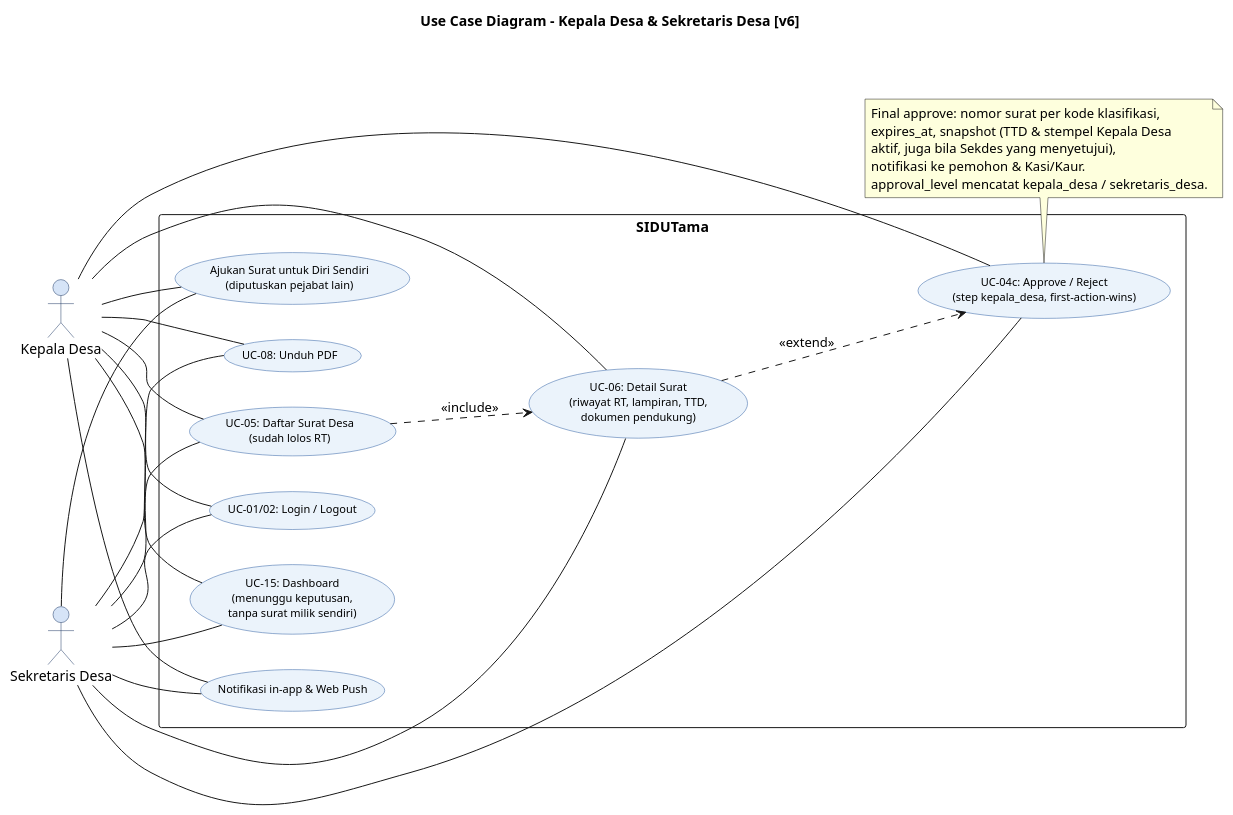
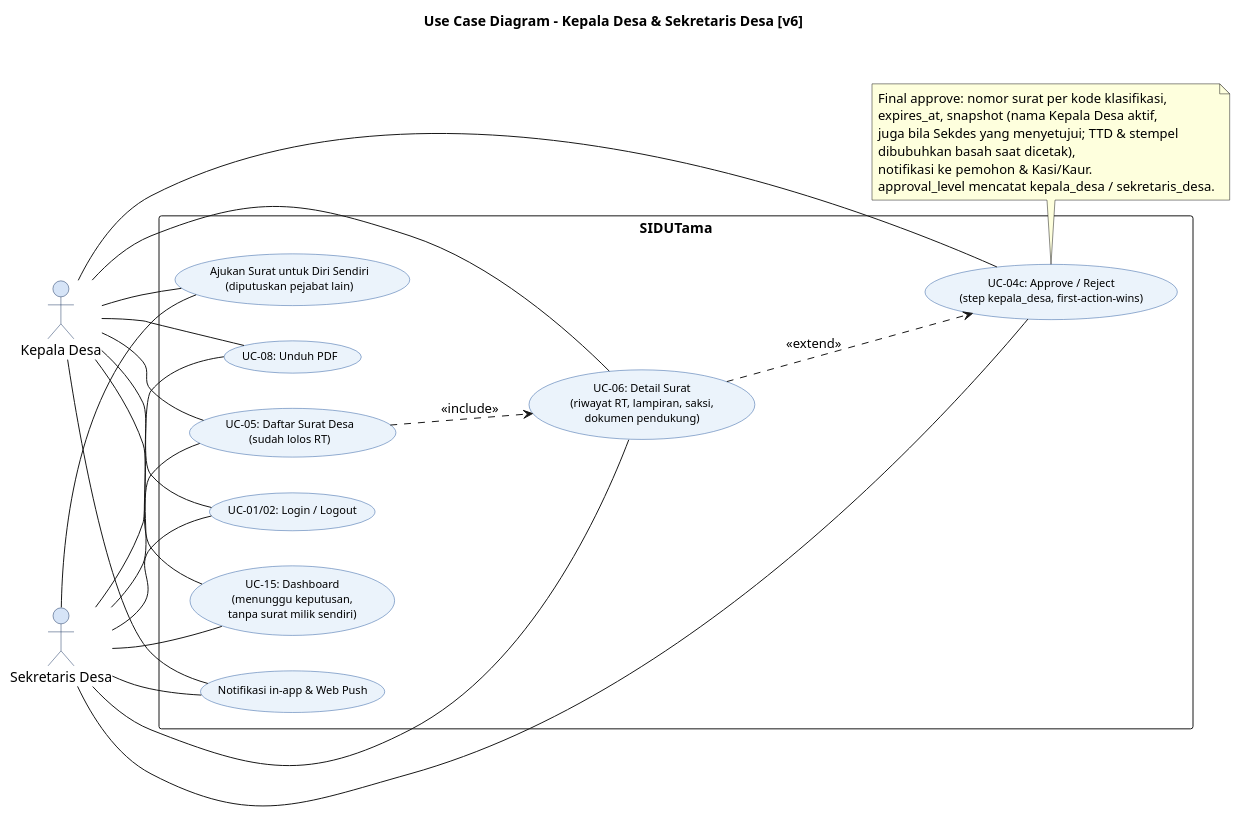
The diagram in docs/diagram/code/usecase/05_UC_KepalaDesa_SekretarisDesa_v6.puml (Vextronode/sid-app), drawn with PlantUML before and after one commit. The commit also changed 172 other files, not shown here.

First line of the commit message:
refactor(surat): hapus TTD digital, surat terbit tanpa TTD/stempel

```diff
--- a/docs/diagram/code/usecase/05_UC_KepalaDesa_SekretarisDesa_v6.puml
+++ b/docs/diagram/code/usecase/05_UC_KepalaDesa_SekretarisDesa_v6.puml
@@ -10,57 +10,58 @@
 @startuml UC_Kades_v6
 left to right direction
 skinparam packageStyle rectangle
 skinparam backgroundColor #FFFFFF
 skinparam usecase {
   BackgroundColor #EBF3FB
   BorderColor #2E5FA3
   FontName Arial
   FontSize 11
 }
 skinparam actor {
   BackgroundColor #D6E4F7
   BorderColor #1F3864
 }
 title Use Case Diagram - Kepala Desa & Sekretaris Desa [v6]
 
 actor "Kepala Desa" as KD
 actor "Sekretaris Desa" as SK
 
 rectangle "SIDUTama" {
   usecase "UC-01/02: Login / Logout" as UC_AUTH
   usecase "UC-05: Daftar Surat Desa\n(sudah lolos RT)" as UC_LIST
-  usecase "UC-06: Detail Surat\n(riwayat RT, lampiran, TTD,\ndokumen pendukung)" as UC_DETAIL
+  usecase "UC-06: Detail Surat\n(riwayat RT, lampiran, saksi,\ndokumen pendukung)" as UC_DETAIL
   usecase "UC-04c: Approve / Reject\n(step kepala_desa, first-action-wins)" as UC_DECIDE
   usecase "UC-08: Unduh PDF" as UC_DL
   usecase "UC-15: Dashboard\n(menunggu keputusan,\ntanpa surat milik sendiri)" as UC_DASH
   usecase "Notifikasi in-app & Web Push" as UC_NOTIF
   usecase "Ajukan Surat untuk Diri Sendiri\n(diputuskan pejabat lain)" as UC_SELF
 }
 
 KD -- UC_AUTH
 KD -- UC_LIST
 KD -- UC_DETAIL
 KD -- UC_DECIDE
 KD -- UC_DL
 KD -- UC_DASH
 KD -- UC_NOTIF
 KD -- UC_SELF
 SK -- UC_AUTH
 SK -- UC_LIST
 SK -- UC_DETAIL
 SK -- UC_DECIDE
 SK -- UC_DL
 SK -- UC_DASH
 SK -- UC_NOTIF
 SK -- UC_SELF
 UC_LIST ..> UC_DETAIL : <<include>>
 UC_DETAIL ..> UC_DECIDE : <<extend>>
 
 note bottom of UC_DECIDE
   Final approve: nomor surat per kode klasifikasi,
-  expires_at, snapshot (TTD & stempel Kepala Desa
-  aktif, juga bila Sekdes yang menyetujui),
+  expires_at, snapshot (nama Kepala Desa aktif,
+  juga bila Sekdes yang menyetujui; TTD & stempel
+  dibubuhkan basah saat dicetak),
   notifikasi ke pemohon & Kasi/Kaur.
   approval_level mencatat kepala_desa / sekretaris_desa.
 end note
 @enduml
```
